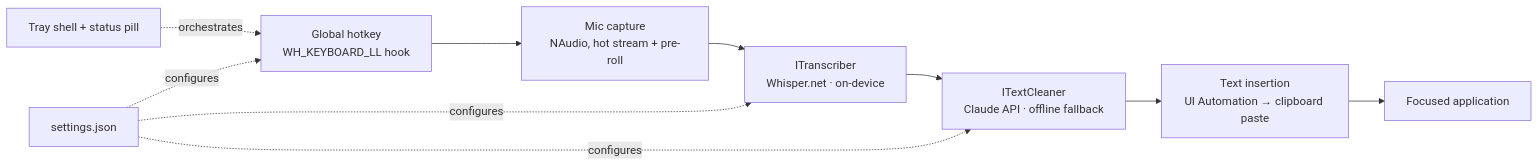
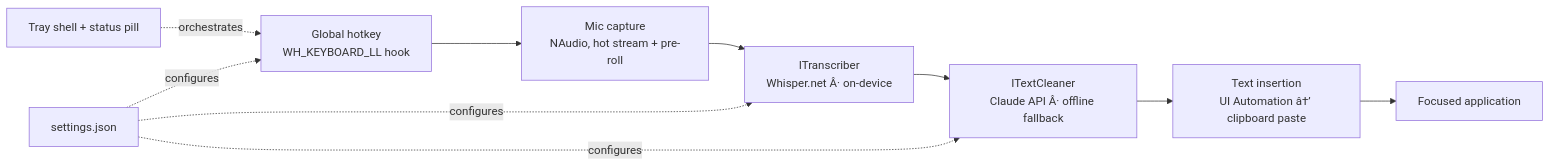
One commit to noloopocd-eng/flowdictate changed the diagram in README.md. Above: the diagram before and after it, drawn with Mermaid. The commit also changed other lines of this file and 2 other files, not shown here.

Commit message:
Point all links at the renamed repository (flowdictate)

````diff
--- a/README.md
+++ b/README.md
@@ -37,11 +37,11 @@
 ```mermaid
 flowchart LR
     HK[Global hotkey<br/>WH_KEYBOARD_LL hook] --> REC[Mic capture<br/>NAudio, hot stream + pre-roll]
-    REC --> TR[ITranscriber<br/>Whisper.net · on-device]
-    TR --> CL[ITextCleaner<br/>Claude API · offline fallback]
-    CL --> INS[Text insertion<br/>UI Automation → clipboard paste]
+    REC --> TR[ITranscriber<br/>Whisper.net Â· on-device]
+    TR --> CL[ITextCleaner<br/>Claude API Â· offline fallback]
+    CL --> INS[Text insertion<br/>UI Automation â†’ clipboard paste]
     INS --> APP[Focused application]
 
     TRAY[Tray shell + status pill] -.orchestrates.-> HK
     SET[settings.json] -.configures.-> TR & CL & HK
 ```
````
